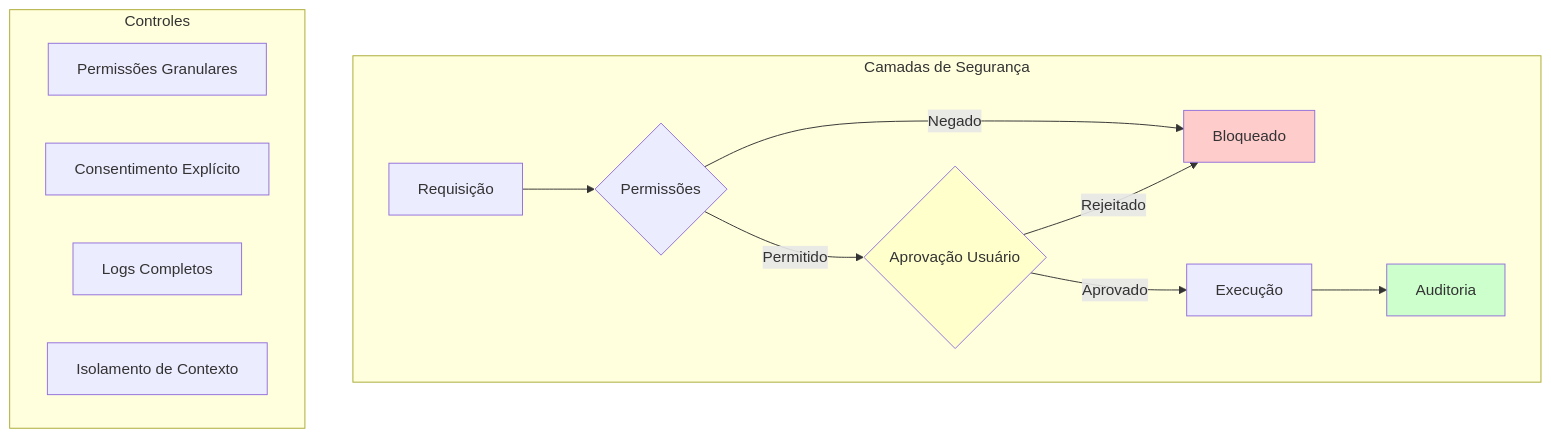
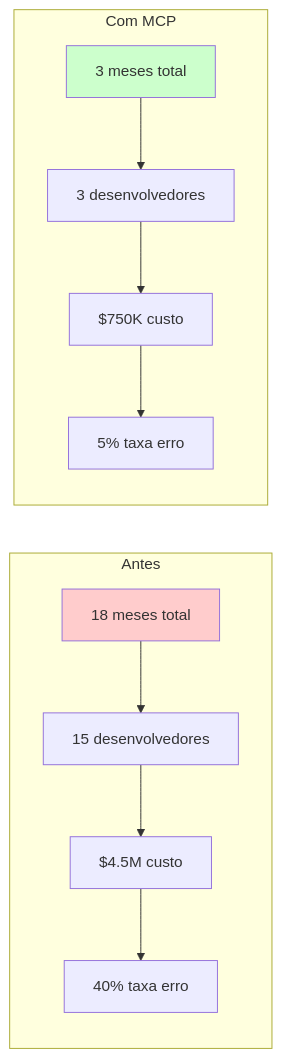
Before and after one commit to felipepimentel/my-public-notes: the tenth of 20 diagrams in AI/Comunicação/MCP/00-mcp-presentation-zero to hero.md, drawn with Mermaid. The commit also changed other lines of this file, not shown here.

````diff
--- a/AI/Comunicação/MCP/00-mcp-presentation-zero to hero.md
+++ b/AI/Comunicação/MCP/00-mcp-presentation-zero to hero.md
@@ -290,22 +302,17 @@
 ```mermaid
-graph TD
-    subgraph "Camadas de Segurança"
-        A[Requisição] --> B{Permissões}
-        B -->|Permitido| C{Aprovação Usuário}
-        B -->|Negado| X[Bloqueado]
-        C -->|Aprovado| D[Execução]
-        C -->|Rejeitado| X
-        D --> E[Auditoria]
+graph LR
+    subgraph "Antes"
+        B1[18 meses total] --> B2[15 desenvolvedores]
+        B2 --> B3[$4.5M custo]
+        B3 --> B4[40% taxa erro]
     end
     
-    subgraph "Controles"
-        F[Permissões Granulares]
-        G[Consentimento Explícito]
-        H[Logs Completos]
-        I[Isolamento de Contexto]
+    subgraph "Com MCP"
+        A1[3 meses total] --> A2[3 desenvolvedores]
+        A2 --> A3[$750K custo]
+        A3 --> A4[5% taxa erro]
     end
     
-    style C fill:#ffffcc
-    style X fill:#ffcccc
-    style E fill:#ccffcc
+    style B1 fill:#ffcccc
+    style A1 fill:#ccffcc
 ```
````
